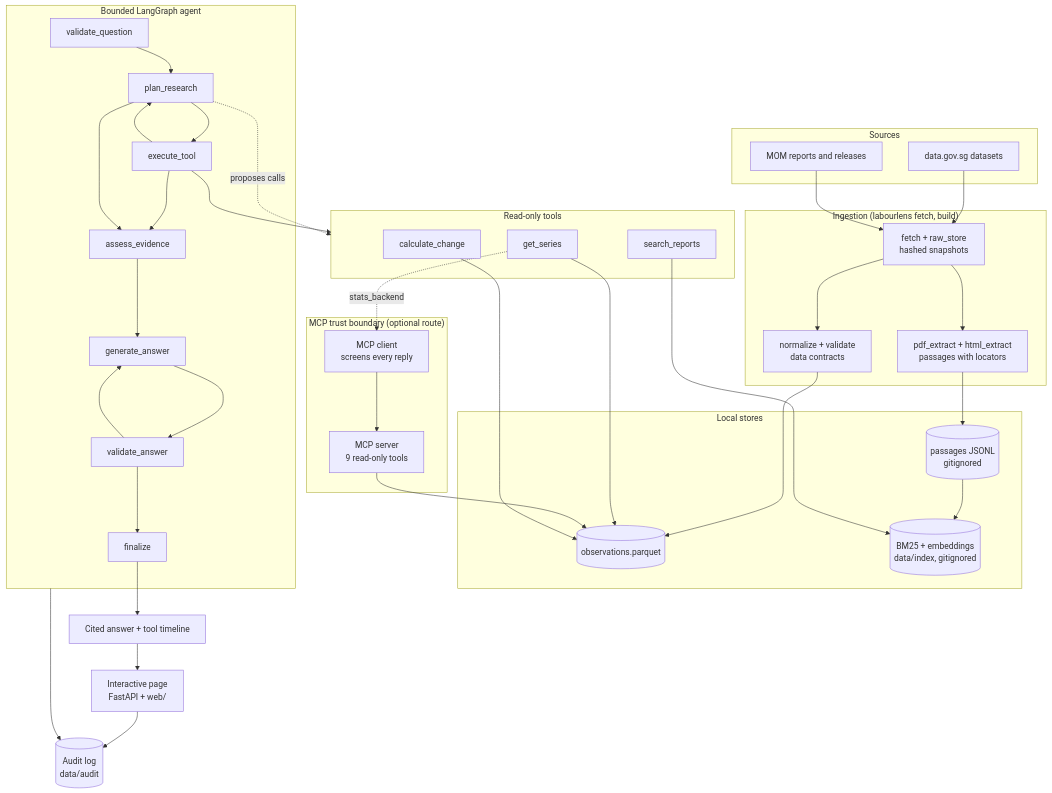
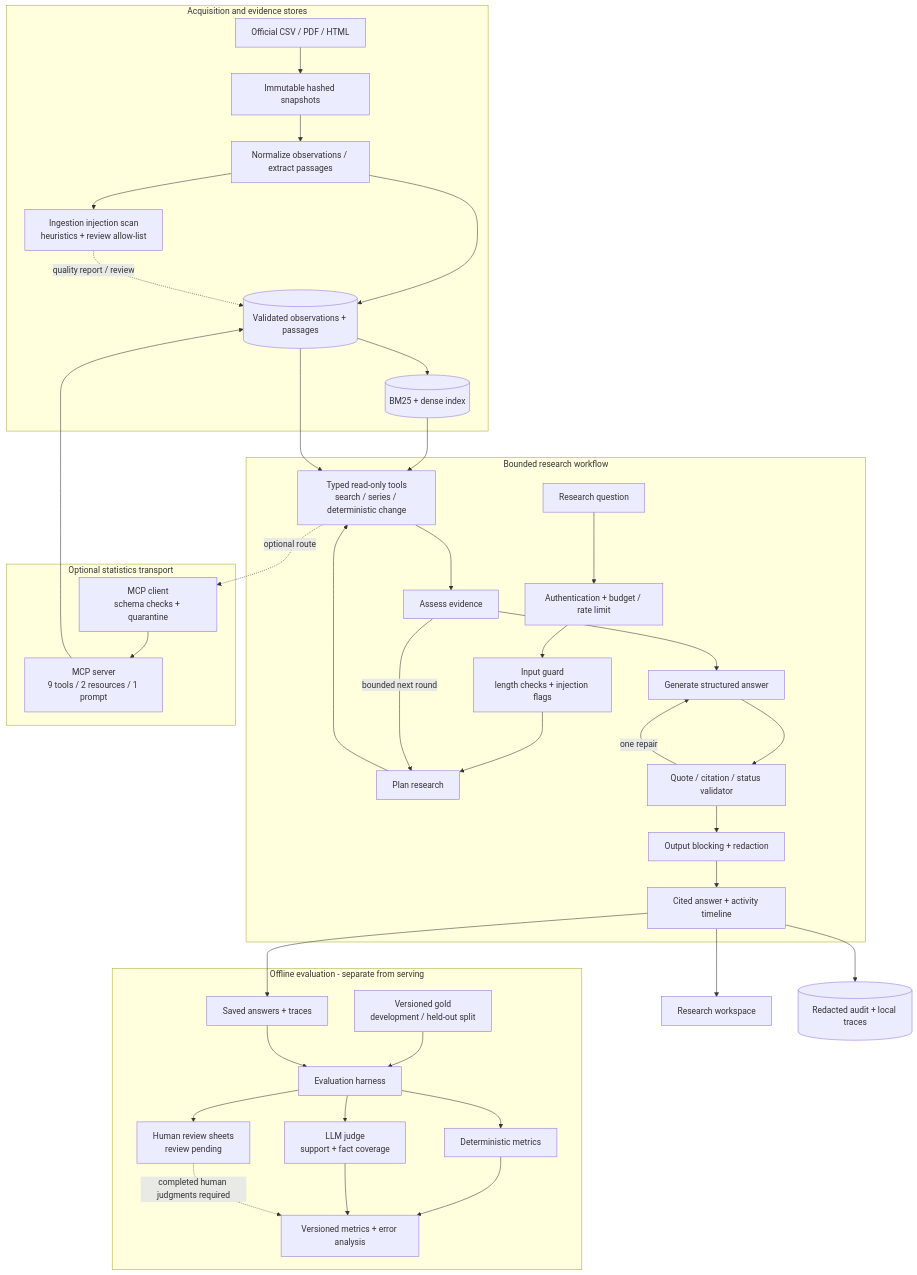
Before and after one commit to mihirkhandekar/labourlens: the diagram in docs/architecture.md, drawn with Mermaid. The commit also changed other lines of this file and 128 other files, not shown here.

Commit message:
Held-out run (D-033), A5, audit-driven fixes: judge cache fingerprints, direction-aware calc scoring, tool-timeout isolation, atomic embedding cache, MCP resource screening, vacancies unit, trace minimisation, docs and demo script

````diff
--- a/docs/architecture.md
+++ b/docs/architecture.md
@@ -20,50 +20,46 @@
 ```mermaid
 flowchart TB
-  subgraph Sources
-    DG[data.gov.sg datasets]
-    MOM[MOM reports and releases]
+  subgraph Data["Acquisition and evidence stores"]
+    SOURCE[Official CSV / PDF / HTML] --> SNAP[Immutable hashed snapshots]
+    SNAP --> PARSE[Normalize observations / extract passages]
+    PARSE --> SCAN[Ingestion injection scan<br/>heuristics + review allow-list]
+    PARSE --> STORE[(Validated observations + passages)]
+    STORE --> INDEX[(BM25 + dense index)]
+    SCAN -. quality report / review .-> STORE
   end
-  subgraph Ingestion["Ingestion (labourlens fetch, build)"]
-    FETCH[fetch + raw_store<br/>hashed snapshots]
-    NORM[normalize + validate<br/>data contracts]
-    EXTRACT[pdf_extract + html_extract<br/>passages with locators]
+  subgraph Runtime["Bounded research workflow"]
+    USER[Research question] --> ADMIT[Authentication + budget / rate limit]
+    ADMIT --> INPUT[Input guard<br/>length checks + injection flags]
+    INPUT --> PLAN[Plan research]
+    PLAN --> TOOLS[Typed read-only tools<br/>search / series / deterministic change]
+    TOOLS --> ASSESS[Assess evidence]
+    ASSESS -->|bounded next round| PLAN
+    ASSESS --> ANSWER[Generate structured answer]
+    ANSWER --> VALID[Quote / citation / status validator]
+    VALID -->|one repair| ANSWER
+    VALID --> REDACT[Output blocking + redaction]
+    REDACT --> OUT[Cited answer + activity timeline]
   end
-  subgraph Stores["Local stores"]
-    OBS[(observations.parquet)]
-    PAS[(passages JSONL<br/>gitignored)]
-    IDX[(BM25 + embeddings<br/>data/index, gitignored)]
+  subgraph MCP["Optional statistics transport"]
+    CLIENT[MCP client<br/>schema checks + quarantine]
+    SERVER[MCP server<br/>9 tools / 2 resources / 1 prompt]
+    CLIENT --> SERVER
   end
-  subgraph Agent["Bounded LangGraph agent"]
-    VQ[validate_question] --> PR[plan_research]
-    PR --> EX[execute_tool]
-    EX --> PR
-    EX --> AE[assess_evidence]
-    PR --> AE
-    AE --> GA[generate_answer]
-    GA --> VA[validate_answer]
-    VA --> GA
-    VA --> FIN[finalize]
+  subgraph Evaluation["Offline evaluation - separate from serving"]
+    GOLD[Versioned gold<br/>development / held-out split] --> HARNESS[Evaluation harness]
+    RUNS[Saved answers + traces] --> HARNESS
+    HARNESS --> DETER[Deterministic metrics]
+    HARNESS --> JUDGE[LLM judge<br/>support + fact coverage]
+    HARNESS --> HUMAN[Human review sheets<br/>review pending]
+    DETER --> REPORT[Versioned metrics + error analysis]
+    JUDGE --> REPORT
+    HUMAN -. completed human judgments required .-> REPORT
   end
-  subgraph Tools["Read-only tools"]
-    SR[search_reports]
-    GS[get_series]
-    CC[calculate_change]
-  end
-  subgraph MCP["MCP trust boundary (optional route)"]
-    CLIENT[MCP client<br/>screens every reply]
-    SERVER[MCP server<br/>9 read-only tools]
-  end
-  DG --> FETCH --> NORM --> OBS
-  MOM --> FETCH
-  FETCH --> EXTRACT --> PAS --> IDX
-  PR -. proposes calls .-> Tools
-  EX --> Tools
-  SR --> IDX
-  GS --> OBS
-  GS -. stats_backend .-> CLIENT --> SERVER --> OBS
-  CC --> OBS
-  FIN --> OUT[Cited answer + tool timeline]
-  OUT --> WEB[Interactive page<br/>FastAPI + web/]
-  Agent --> AUD[(Audit log<br/>data/audit)]
-  WEB --> AUD
+  INDEX --> TOOLS
+  STORE --> TOOLS
+  TOOLS -. optional route .-> CLIENT
+  SERVER --> STORE
+  OUT --> RUNS
+  OUT --> WEB[Research workspace]
+  OUT --> AUDIT[(Redacted audit + local traces)]
 ```
````
